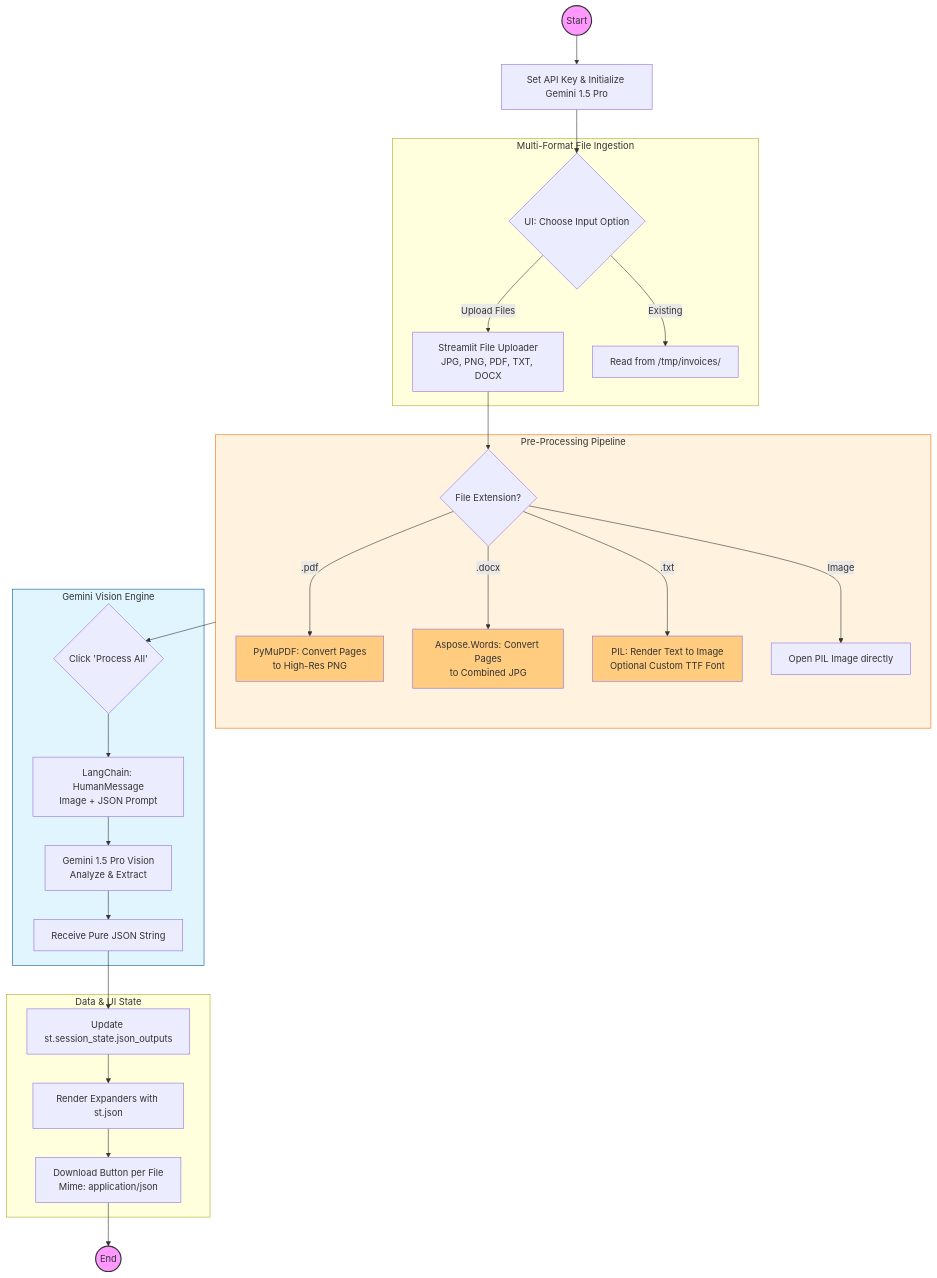
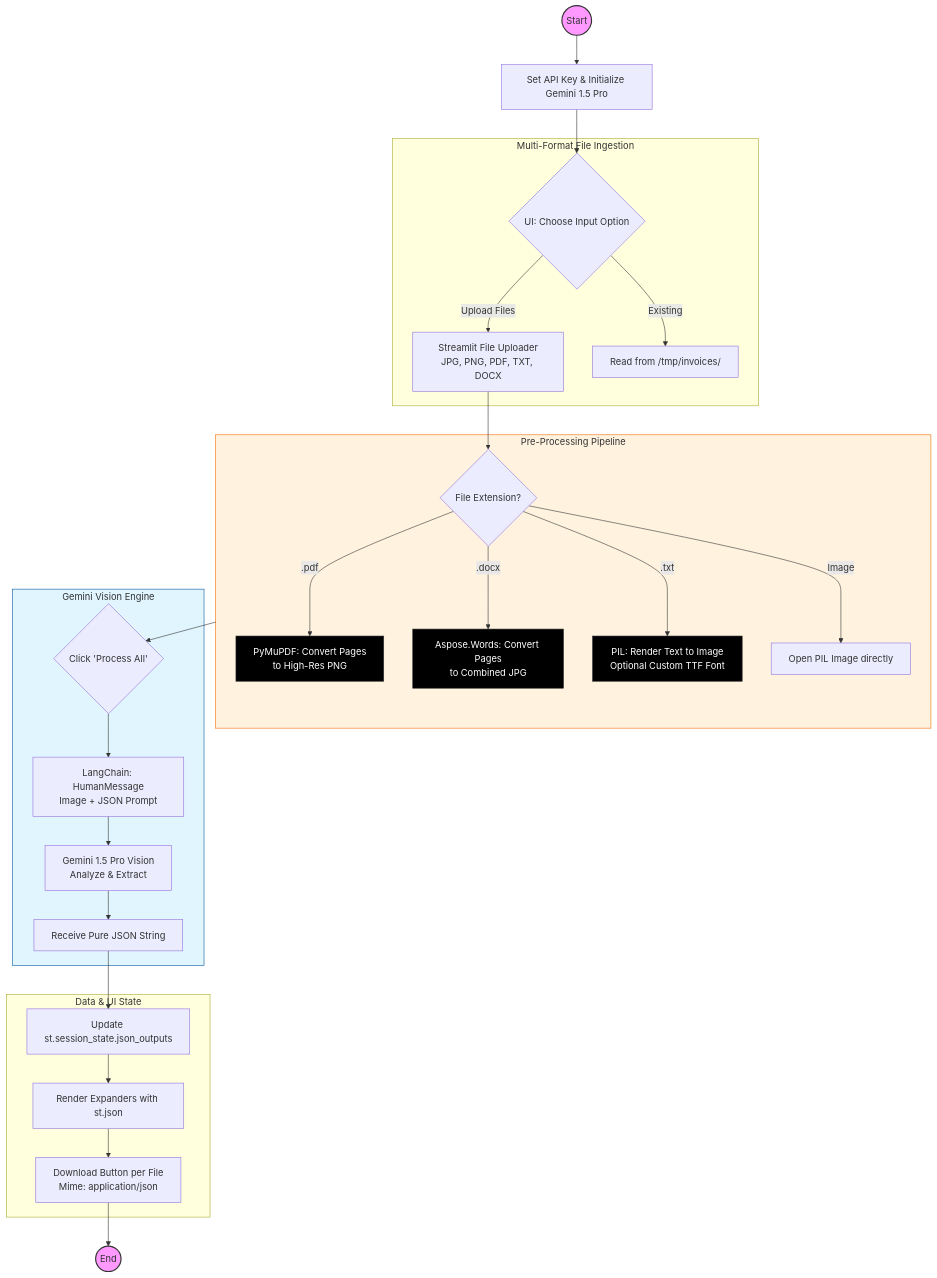
One commit to Ashin-Shaji/invce_app changed the diagram in README.md. Above: the diagram before and after it, drawn with Mermaid.

````diff
--- a/README.md
+++ b/README.md
@@ -68,49 +68,51 @@
 ```mermaid
 graph TD
     %% Entry and Configuration
     Start((Start)) --> Config[Set API Key & Initialize Gemini 1.5 Pro]
     Config --> UI_Select{UI: Choose Input Option}
 
     %% Input Processing
     subgraph File_Ingestion [Multi-Format File Ingestion]
     UI_Select -->|Upload Files| Uploader[Streamlit File Uploader<br/>JPG, PNG, PDF, TXT, DOCX]
     UI_Select -->|Existing| Dir_Check[Read from /tmp/invoices/]
     end
 
     %% Conversion Pipeline
     subgraph Pre_Processing [Pre-Processing Pipeline]
     Uploader --> Format_Check{File Extension?}
     
     Format_Check -->|.pdf| PyMuPDF[PyMuPDF: Convert Pages<br/>to High-Res PNG]
     Format_Check -->|.docx| Aspose[Aspose.Words: Convert Pages<br/>to Combined JPG]
     Format_Check -->|.txt| DrawText[PIL: Render Text to Image<br/>Optional Custom TTF Font]
     Format_Check -->|Image| Native[Open PIL Image directly]
     end
 
     %% AI Analysis
     Pre_Processing --> Trigger_AI{Click 'Process All'}
     
     subgraph AI_Engine [Gemini Vision Engine]
     Trigger_AI --> LangChain[LangChain: HumanMessage<br/>Image + JSON Prompt]
     LangChain --> Gemini[Gemini 1.5 Pro Vision<br/>Analyze & Extract]
     Gemini --> Raw_JSON[Receive Pure JSON String]
     end
 
     %% State and Output
     subgraph Output_Management [Data & UI State]
     Raw_JSON --> Session[Update st.session_state.json_outputs]
     Session --> UI_Display[Render Expanders with st.json]
     UI_Display --> Download[Download Button per File<br/>Mime: application/json]
     end
 
     Download --> End((End))
 
-    %% Styling
+    %% Updated Styling
     style Start fill:#f9f,stroke:#333,stroke-width:2px
     style End fill:#f9f,stroke:#333,stroke-width:2px
     style AI_Engine fill:#e1f5fe,stroke:#01579b
     style Pre_Processing fill:#fff3e0,stroke:#ef6c00
-    style PyMuPDF fill:#ffcc80
-    style Aspose fill:#ffcc80
-    style DrawText fill:#ffcc80
+    
+    %% Target Nodes with Black Background and White Text
+    style PyMuPDF fill:#000,color:#fff,stroke:#333
+    style Aspose fill:#000,color:#fff,stroke:#333
+    style DrawText fill:#000,color:#fff,stroke:#333
 ```
````
